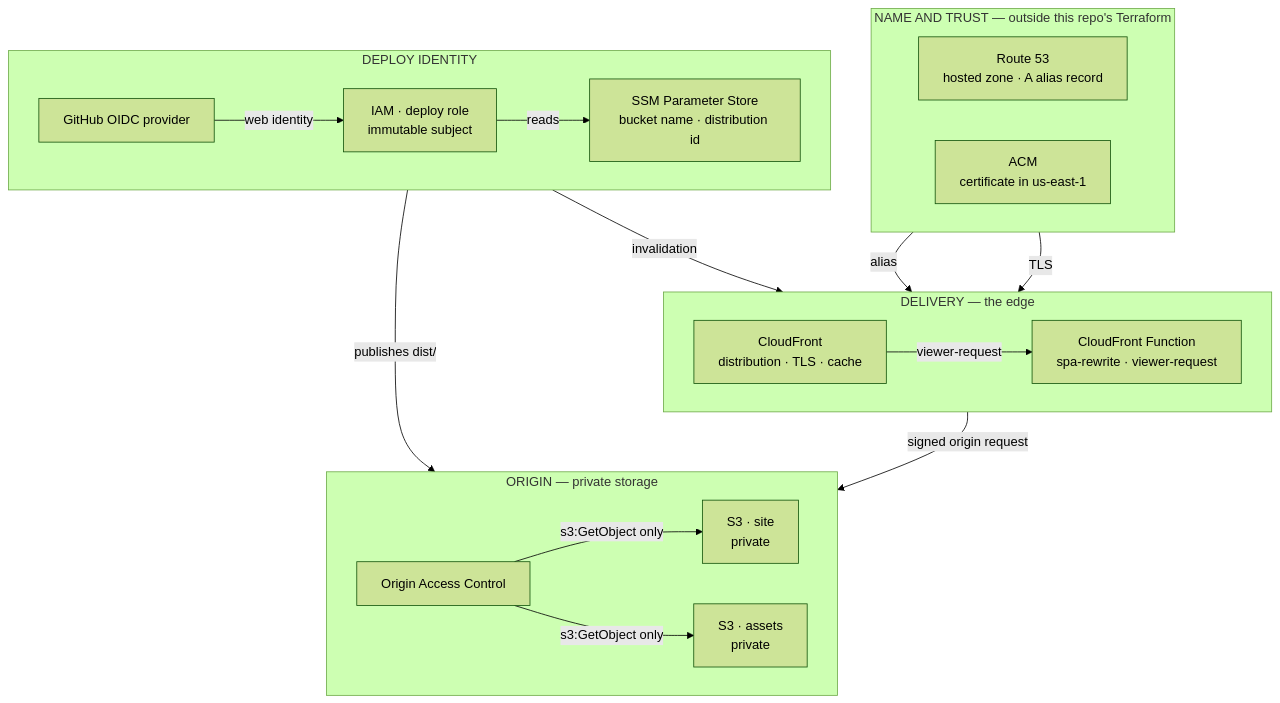
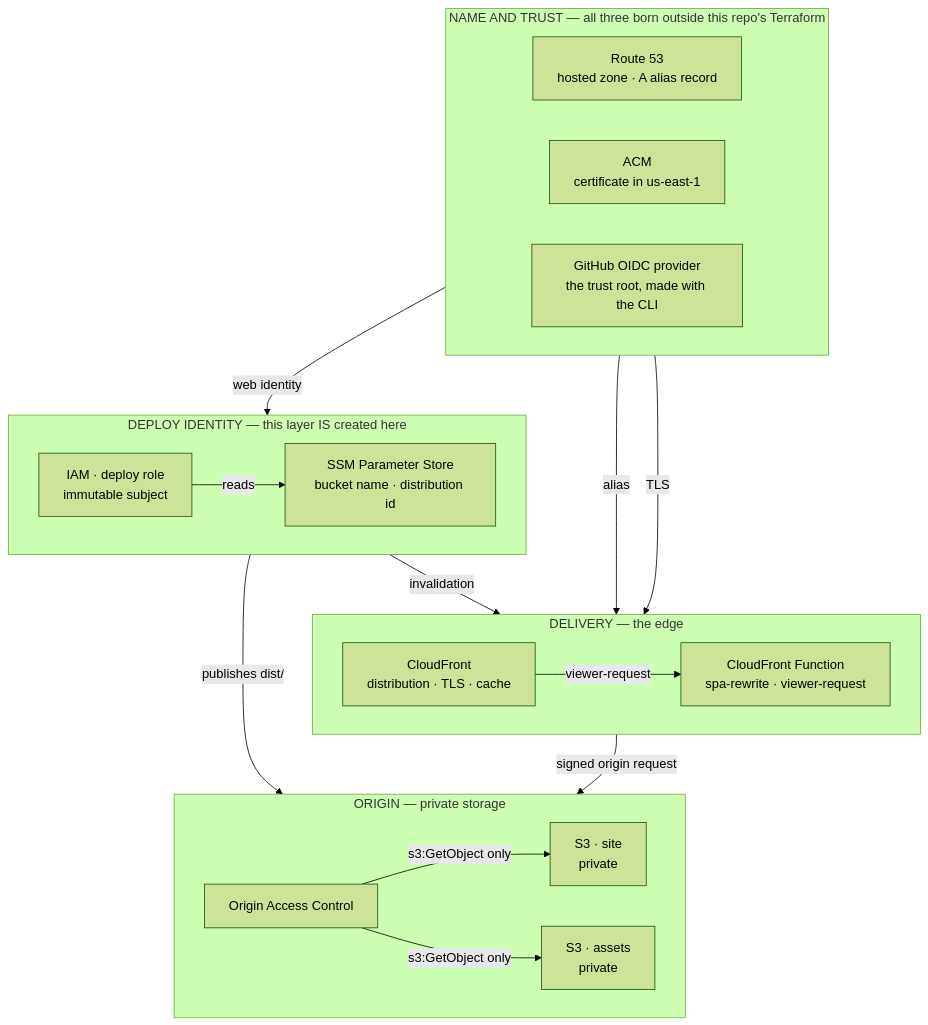
One commit to tedeuxx/tadeumendonca-io changed the third of 6 diagrams in apps/fed/src/content/architecture.en.md. Above: the diagram before and after it, drawn with Mermaid (forest theme). The commit also changed other lines of this file and 10 other files, not shown here.

First line of the commit message:
fix(architecture): two false claims the drawing made, and the phone reader who saw one circle

````diff
--- a/apps/fed/src/content/architecture.en.md
+++ b/apps/fed/src/content/architecture.en.md
@@ -95,37 +97,37 @@
 ```mermaid
 flowchart TB
   accTitle: The AWS stack, layer by layer
-  accDescr: Four stacked layers. Name and trust, outside this repository's Terraform - the Route 53 hosted zone with its A alias record, and the ACM certificate in us-east-1; both reach the distribution. Delivery, at the edge - the CloudFront distribution, which terminates TLS and holds the cache, and the spa-rewrite CloudFront Function, which it runs on viewer-request. Origin, the storage - the Origin Access Control the distribution uses to sign its origin request, and behind it the two private S3 buckets, the site one and the assets one, which answer only s3:GetObject coming from that distribution. Deploy identity - the GitHub OIDC provider, the IAM deploy role that trusts an immutable subject, and the SSM Parameter Store the pipeline reads the bucket name and the distribution id from; the role publishes the built dist to the site bucket and asks the distribution for an invalidation. There is no compute layer serving requests, no database, no VPC and no secret read at runtime.
-  subgraph nome["NAME AND TRUST — outside this repo's Terraform"]
+  accDescr: Four stacked layers. Name and trust, and ALL THREE things in this layer are created outside this repository's Terraform - the Route 53 hosted zone with its A alias record, the ACM certificate in us-east-1, and the GitHub OIDC provider, which is the trust root and is made by hand with the AWS CLI. The first two reach the distribution; the third is what the deploy role presents in order to assume an identity. Delivery, at the edge - the CloudFront distribution, which terminates TLS and holds the cache, and the spa-rewrite CloudFront Function, which it runs on viewer-request. Origin, the storage - the Origin Access Control the distribution uses to sign its origin request, and behind it the two private S3 buckets, the site one and the assets one, which answer only s3:GetObject coming from that distribution. Deploy identity, and this layer IS created here - the IAM deploy role that trusts an immutable subject, and the SSM Parameter Store the pipeline reads the bucket name and the distribution id from; the role publishes the built dist to the site bucket and asks the distribution for an invalidation. There is no compute layer serving requests, no database, no VPC and no secret read at runtime.
+  subgraph nome["NAME AND TRUST — all three born outside this repo's Terraform"]
     direction LR
     Z["Route 53<br/>hosted zone · A alias record"]
     T["ACM<br/>certificate in us-east-1"]
+    OP["GitHub OIDC provider<br/>the trust root, made with the CLI"]
   end
   subgraph borda["DELIVERY — the edge"]
     direction LR
     E["CloudFront<br/>distribution · TLS · cache"]
     FN["CloudFront Function<br/>spa-rewrite · viewer-request"]
   end
   subgraph origem["ORIGIN — private storage"]
     direction LR
     OAC["Origin Access Control"]
     B1["S3 · site<br/>private"]
     B2["S3 · assets<br/>private"]
   end
-  subgraph deploy["DEPLOY IDENTITY"]
+  subgraph deploy["DEPLOY IDENTITY — this layer IS created here"]
     direction LR
-    OP["GitHub OIDC provider"]
     RO["IAM · deploy role<br/>immutable subject"]
     SSM["SSM Parameter Store<br/>bucket name · distribution id"]
   end
   Z -- "alias" --> E
   T -- "TLS" --> E
   E -- "viewer-request" --> FN
   E -- "signed origin request" --> OAC
   OAC -- "s3:GetObject only" --> B1
   OAC -- "s3:GetObject only" --> B2
   OP -- "web identity" --> RO
   RO -- "reads" --> SSM
   RO -- "publishes dist/" --> B1
   RO -- "invalidation" --> E
 ```
````
